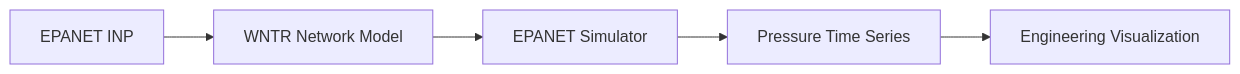
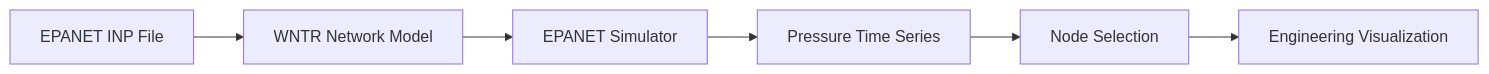
The ninth of 9 diagrams in README.md (mahmmooudian/water-network-ai-analyzer), drawn with Mermaid before and after one commit. The commit also changed other lines of this file, not shown here.

````diff
--- a/README.md
+++ b/README.md
@@ -452,7 +491,8 @@
 ```mermaid
 flowchart LR
-    A[EPANET INP] --> B[WNTR Network Model]
+    A[EPANET INP File] --> B[WNTR Network Model]
     B --> C[EPANET Simulator]
     C --> D[Pressure Time Series]
-    D --> E[Engineering Visualization]
+    D --> E[Node Selection]
+    E --> F[Engineering Visualization]
 ```
````
